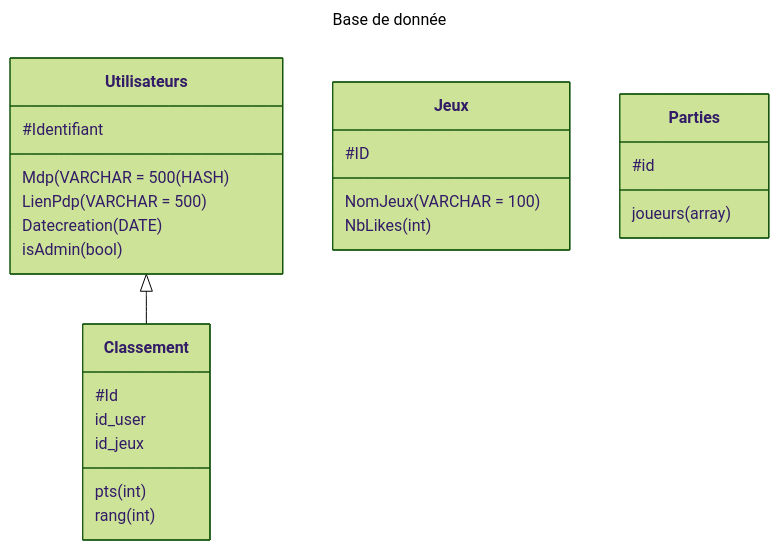
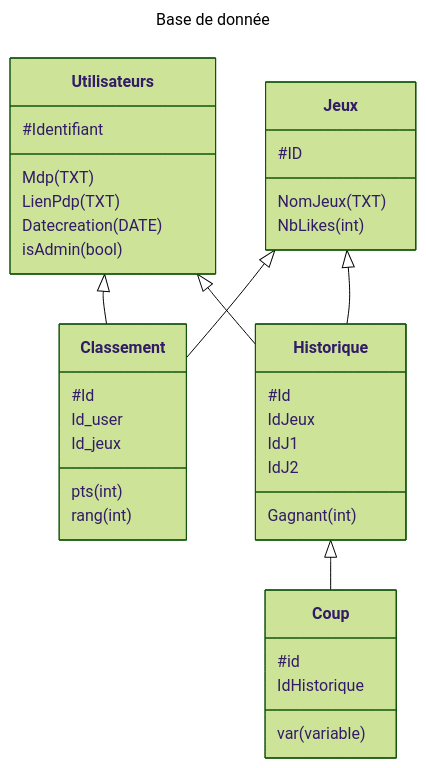
One commit to synnfall/JPEG changed the diagram in Docs/README.md. Above: the diagram before and after it, drawn with Mermaid (forest theme). The commit also changed 1 other file, not shown here.

Commit message:
Ajout graphe BDD

````diff
--- a/Docs/README.md
+++ b/Docs/README.md
@@ -32,39 +32,50 @@
 ```mermaid
 ---
 title: Base de donnée
 ---
 
 classDiagram
     Utilisateurs <|-- Classement
+    Jeux <|-- Classement
+    Jeux <|-- Historique
+    Utilisateurs <|-- Historique
+    Historique <|-- Coup
+    
 
     class Utilisateurs {
         #Identifiant
-        Mdp(VARCHAR = 500 (HASH)
-        LienPdp(VARCHAR = 500)
+        Mdp(TXT)
+        LienPdp(TXT)
         Datecreation(DATE)
         isAdmin(bool)
     }
 
     class Jeux {
         #ID
-        NomJeux(VARCHAR = 100)
+        NomJeux(TXT)
         NbLikes(int)
 
     }
 
     class Classement {
         #Id
-        id_user
-        id_jeux
+        Id_user
+        Id_jeux
         pts(int)
         rang(int)
     }
     
-    class Parties {
+    class Coup {
         #id
-        joueurs(array)
+        IdHistorique
+        var(variable)
     }
 
-    %% class historique {
-    %% }
+    class Historique {
+        #Id
+        IdJeux
+        IdJ1
+        IdJ2
+        Gagnant(int)
+    }
 ```
````
